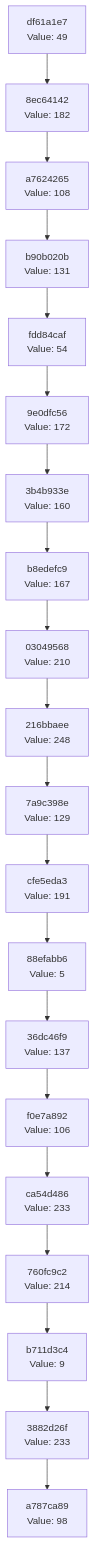
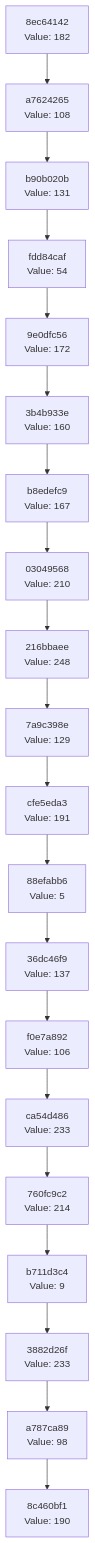
Before and after one commit to Abhisheksinha1506/hash-chain-evolver: the diagram in docs/CHAIN_VISUALIZATION.md, drawn with Mermaid. The commit also changed 2 other files, not shown here.

Commit message:
Evolution step: hash 0xBE → action executed

````diff
--- a/docs/CHAIN_VISUALIZATION.md
+++ b/docs/CHAIN_VISUALIZATION.md
@@ -3,42 +3,42 @@
 ```mermaid
 graph TD
-    C0["a787ca89<br/>Value: 98"]
-    C1["3882d26f<br/>Value: 233"]
+    C0["8c460bf1<br/>Value: 190"]
+    C1["a787ca89<br/>Value: 98"]
     C1 --> C0
-    C2["b711d3c4<br/>Value: 9"]
+    C2["3882d26f<br/>Value: 233"]
     C2 --> C1
-    C3["760fc9c2<br/>Value: 214"]
+    C3["b711d3c4<br/>Value: 9"]
     C3 --> C2
-    C4["ca54d486<br/>Value: 233"]
+    C4["760fc9c2<br/>Value: 214"]
     C4 --> C3
-    C5["f0e7a892<br/>Value: 106"]
+    C5["ca54d486<br/>Value: 233"]
     C5 --> C4
-    C6["36dc46f9<br/>Value: 137"]
+    C6["f0e7a892<br/>Value: 106"]
     C6 --> C5
-    C7["88efabb6<br/>Value: 5"]
+    C7["36dc46f9<br/>Value: 137"]
     C7 --> C6
-    C8["cfe5eda3<br/>Value: 191"]
+    C8["88efabb6<br/>Value: 5"]
     C8 --> C7
-    C9["7a9c398e<br/>Value: 129"]
+    C9["cfe5eda3<br/>Value: 191"]
     C9 --> C8
-    C10["216bbaee<br/>Value: 248"]
+    C10["7a9c398e<br/>Value: 129"]
     C10 --> C9
-    C11["03049568<br/>Value: 210"]
+    C11["216bbaee<br/>Value: 248"]
     C11 --> C10
-    C12["b8edefc9<br/>Value: 167"]
+    C12["03049568<br/>Value: 210"]
     C12 --> C11
-    C13["3b4b933e<br/>Value: 160"]
+    C13["b8edefc9<br/>Value: 167"]
     C13 --> C12
-    C14["9e0dfc56<br/>Value: 172"]
+    C14["3b4b933e<br/>Value: 160"]
     C14 --> C13
-    C15["fdd84caf<br/>Value: 54"]
+    C15["9e0dfc56<br/>Value: 172"]
     C15 --> C14
-    C16["b90b020b<br/>Value: 131"]
+    C16["fdd84caf<br/>Value: 54"]
     C16 --> C15
-    C17["a7624265<br/>Value: 108"]
+    C17["b90b020b<br/>Value: 131"]
     C17 --> C16
-    C18["8ec64142<br/>Value: 182"]
+    C18["a7624265<br/>Value: 108"]
     C18 --> C17
-    C19["df61a1e7<br/>Value: 49"]
+    C19["8ec64142<br/>Value: 182"]
     C19 --> C18
 ```
````
